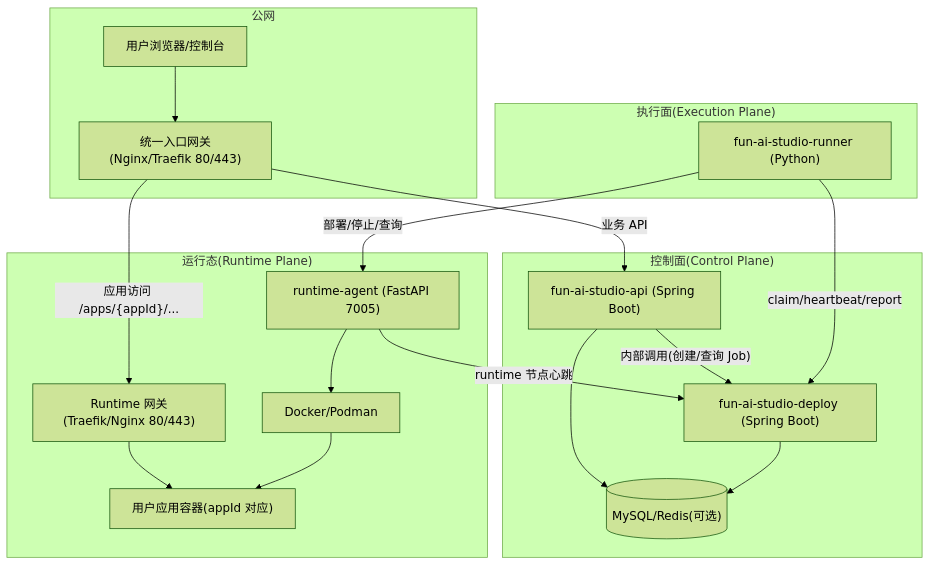
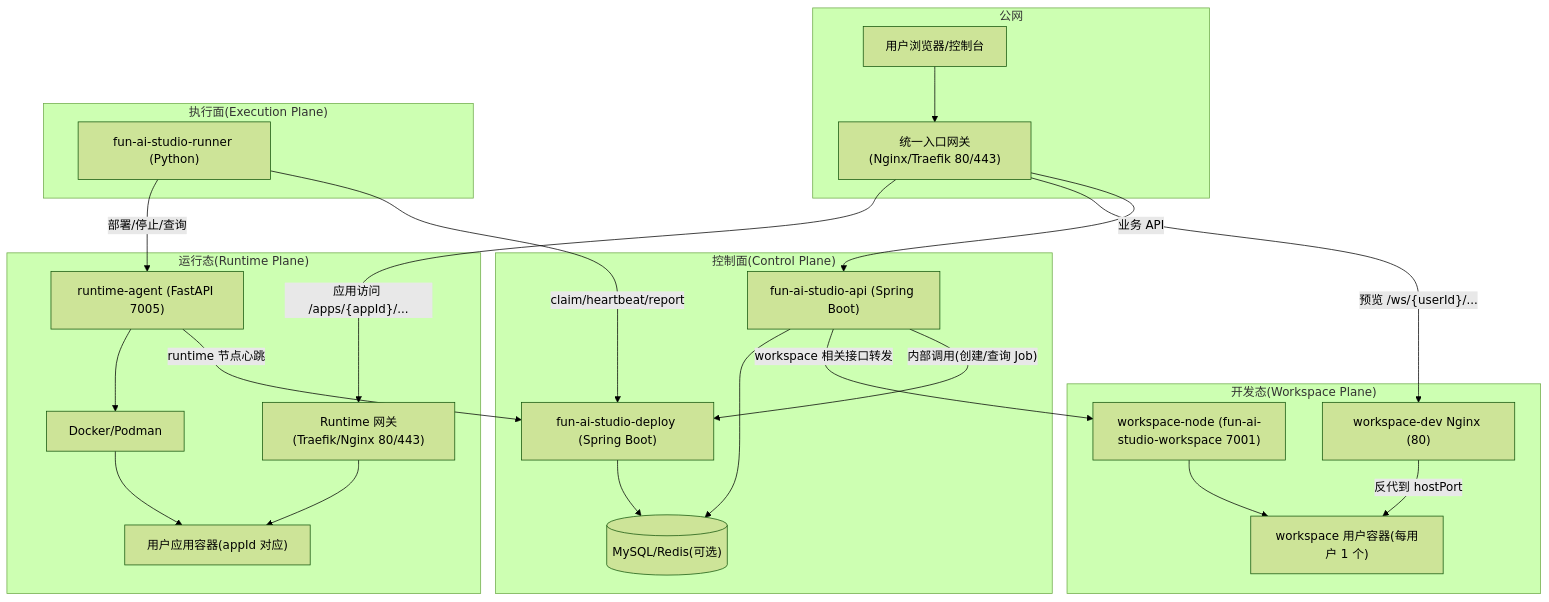
Before and after one commit to ruiAndroid/fun-ai-studio-api: the first of 3 diagrams in src/main/resources/doc/domains/deploy/architecture.md, drawn with Mermaid (forest theme). The commit also changed other lines of this file and 3 other files, not shown here.

````diff
--- a/src/main/resources/doc/domains/deploy/architecture.md
+++ b/src/main/resources/doc/domains/deploy/architecture.md
@@ -18,39 +18,49 @@
 ```mermaid
 flowchart TD
   subgraph Public["公网"]
     Browser["用户浏览器/控制台"]
     Gateway["统一入口网关(Nginx/Traefik 80/443)"]
   end
 
   subgraph ControlPlane["控制面(Control Plane)"]
     API["fun-ai-studio-api (Spring Boot)"]
     Deploy["fun-ai-studio-deploy (Spring Boot)"]
     DB[("MySQL/Redis(可选)")]
+  end
+
+  subgraph WorkspacePlane["开发态(Workspace Plane)"]
+    WSDevNginx["workspace-dev Nginx (80)"]
+    WSNode["workspace-node (fun-ai-studio-workspace 7001)"]
+    WSUser["workspace 用户容器(每用户 1 个)"]
   end
 
   subgraph ExecPlane["执行面(Execution Plane)"]
     Runner["fun-ai-studio-runner (Python)"]
   end
 
   subgraph RuntimePlane["运行态(Runtime Plane)"]
     RTGW["Runtime 网关(Traefik/Nginx 80/443)"]
     Agent["runtime-agent (FastAPI 7005)"]
     Docker["Docker/Podman"]
     AppCtn["用户应用容器(appId 对应)"]
   end
 
   Browser --> Gateway
   Gateway -->|"业务 API"| API
+  Gateway -->|"预览 /ws/{userId}/..."| WSDevNginx
   Gateway -->|"应用访问 /apps/{appId}/..."| RTGW
 
   API -->|"内部调用(创建/查询 Job)"| Deploy
+  API -->|"workspace 相关接口转发"| WSNode
+  WSDevNginx -->|"反代到 hostPort"| WSUser
   Runner -->|"claim/heartbeat/report"| Deploy
   Agent -->|"runtime 节点心跳"| Deploy
   Runner -->|"部署/停止/查询"| Agent
 
   API --> DB
   Deploy --> DB
+  WSNode --> WSUser
   RTGW --> AppCtn
   Agent --> Docker
   Docker --> AppCtn
 ```
````
